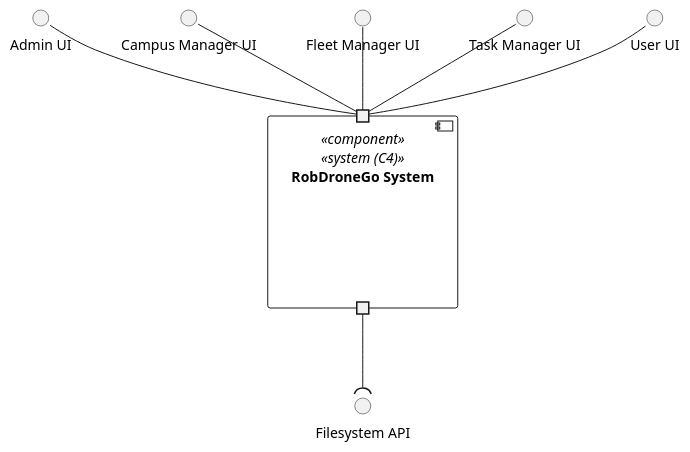
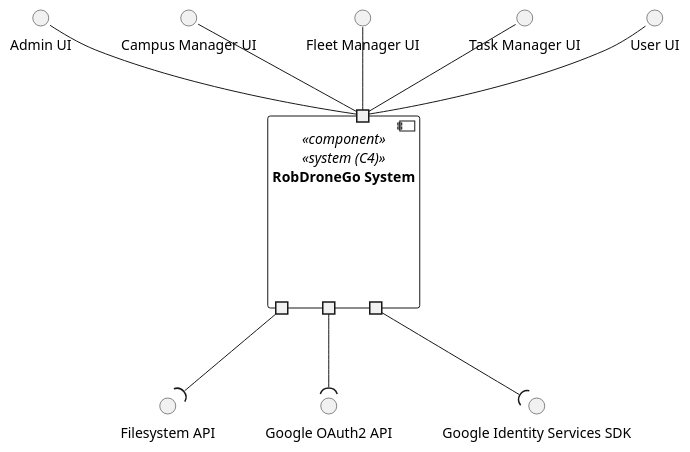
One commit to miseEnPlace-dev/lapr5 changed the diagram in _wiki/views/level-1/logical-view.puml. Above: the diagram before and after it, drawn with PlantUML. The commit also changed 3 other files, not shown here.

```diff
--- a/_wiki/views/level-1/logical-view.puml
+++ b/_wiki/views/level-1/logical-view.puml
@@ -1,23 +1,29 @@
 @startuml logical-view
 top to bottom direction
 
 interface "Admin UI" as AUI
 interface "Campus Manager UI" as CUI
 interface "Fleet Manager UI" as FUI
 interface "Task Manager UI" as TUI
 interface "User UI" as UUI 
 interface "Filesystem API" as FS
+interface "Google OAuth2 API" as GA
+interface "Google Identity Services SDK" as GS
 
 component "RobDroneGo System" <<component>> <<system (C4)>> {
   portin " " as P1
   portout " " as P2
+  portout " " as P3
+  portout " " as P4
 }
 
 AUI -- P1
 CUI -- P1
 FUI -- P1
 TUI -- P1
 UUI -- P1
 P2 --( FS
+P3 --( GA
+P4 --( GS
 
 @enduml
```
